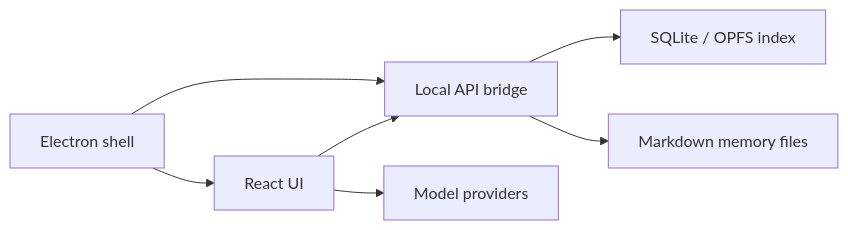
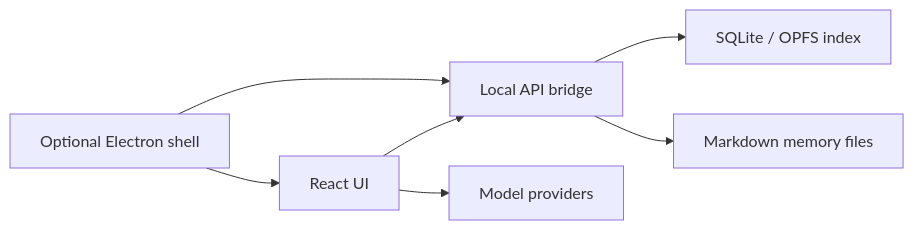
Before and after one commit to Autumn0716/vortex-ai: the diagram in README.md, drawn with Mermaid. The commit also changed other lines of this file and 3 other files, not shown here.

````diff
--- a/README.md
+++ b/README.md
@@ -130,16 +167,16 @@
 ```mermaid
 flowchart LR
   UI["React UI"]
-  Electron["Electron shell"]
+  Electron["Optional Electron shell"]
   API["Local API bridge"]
   SQLite["SQLite / OPFS index"]
   Memory["Markdown memory files"]
   Providers["Model providers"]
 
   UI --> API
   Electron --> UI
   Electron --> API
   API --> SQLite
   API --> Memory
   UI --> Providers
 ```
````
